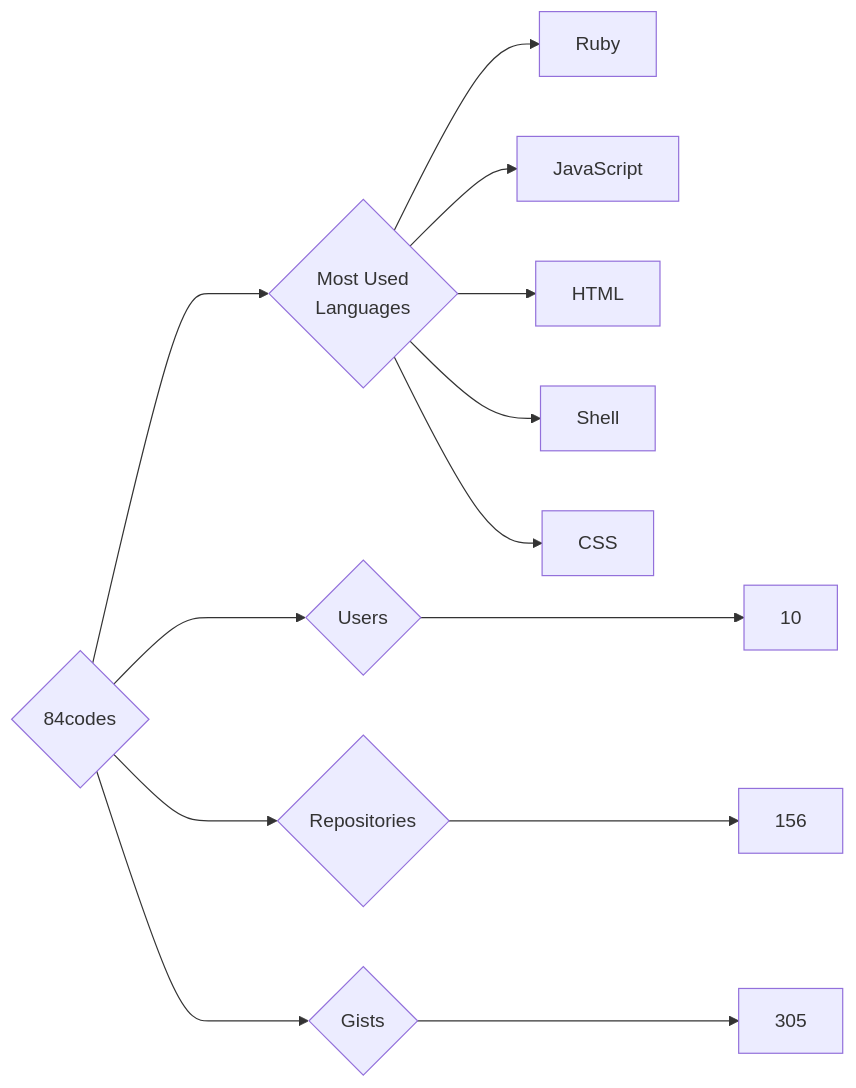
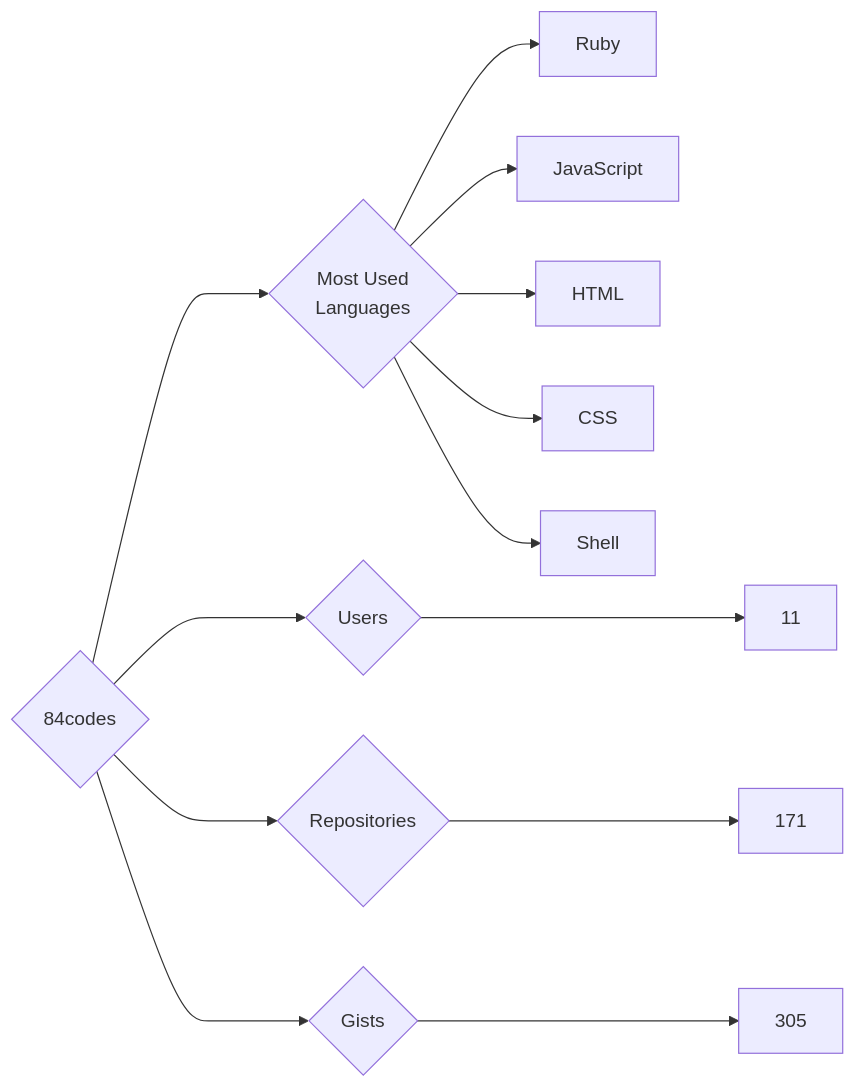
One commit to trickest/insiders changed the diagram in targets/84codes/README.md. Above: the diagram before and after it, drawn with Mermaid. The commit also changed 720 other files, not shown here.

````diff
--- a/targets/84codes/README.md
+++ b/targets/84codes/README.md
@@ -3,13 +3,13 @@
 ```mermaid
 graph LR
 COMPANY_NAME{84codes}
-COMPANY_NAME ---> U{Users} ---> UN[10]
-COMPANY_NAME ---> R{Repositories} ---> RN[156]
+COMPANY_NAME ---> U{Users} ---> UN[11]
+COMPANY_NAME ---> R{Repositories} ---> RN[171]
 COMPANY_NAME ---> G{Gists} ---> GN[305]
 COMPANY_NAME ---> ML{Most Used<br>Languages}
 ML --> Ruby[Ruby]
 ML --> JavaScript[JavaScript]
 ML --> HTML[HTML]
+ML --> CSS[CSS]
 ML --> Shell[Shell]
-ML --> CSS[CSS]
 ```
````
